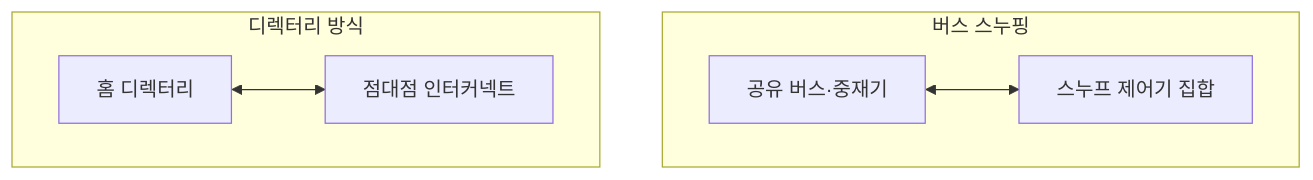
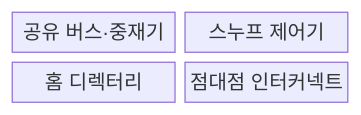
The first of 2 diagrams in src/content/docs/notes/02-hardware/015_bus_snooping_directory_coherence.md (agnusdei1207/knowledge-base), drawn with Mermaid before and after one commit. The commit also changed other lines of this file and 20 other files, not shown here.

````diff
--- a/src/content/docs/notes/02-hardware/015_bus_snooping_directory_coherence.md
+++ b/src/content/docs/notes/02-hardware/015_bus_snooping_directory_coherence.md
@@ -70,9 +68,8 @@
 ```mermaid
-flowchart TB
-    subgraph SNOOP["버스 스누핑"]
-        B["공유 버스·중재기"] <--> C["스누프 제어기 집합"]
-    end
-    subgraph DIRECTORY["디렉터리 방식"]
-        H["홈 디렉터리"] <--> N["점대점 인터커넥트"]
-    end
+block
+    columns 2
+    B["공유 버스·중재기"]
+    C["스누프 제어기"]
+    H["홈 디렉터리"]
+    N["점대점 인터커넥트"]
 ```
````
